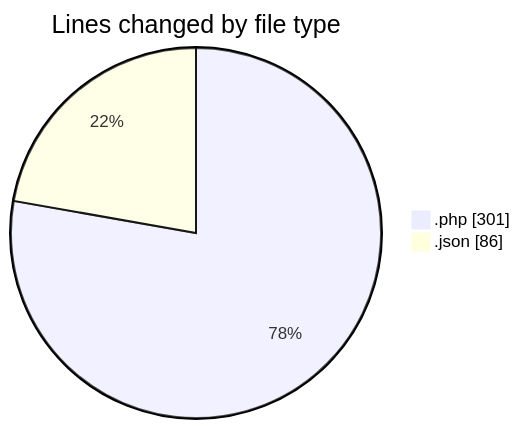
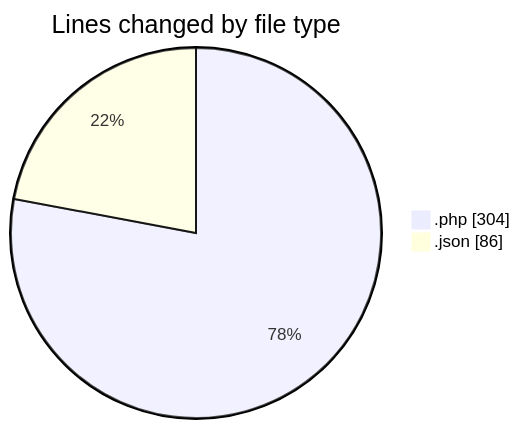
The first of 2 diagrams in 2025-04-11/zeytoon/README.md (vahidmafi/code-tracking), drawn with Mermaid before and after one commit. The commit also changed other lines of this file and 1 other file, not shown here.

````diff
--- a/2025-04-11/zeytoon/README.md
+++ b/2025-04-11/zeytoon/README.md
@@ -23,6 +23,6 @@
 ```mermaid
 pie showData
 title Lines changed by file type
-".php" : 301
+".php" : 304
 ".json" : 86
 ```
````
